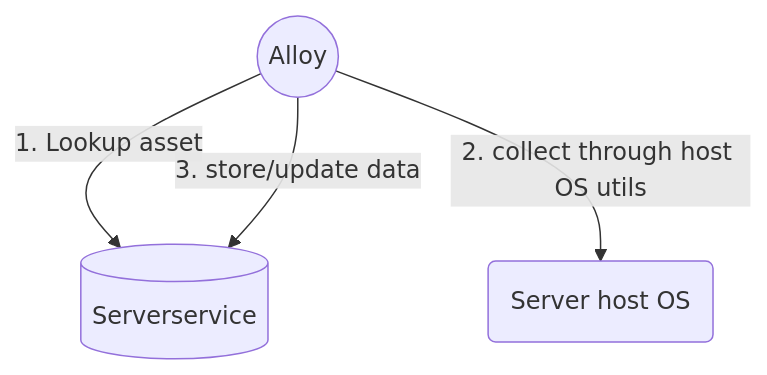
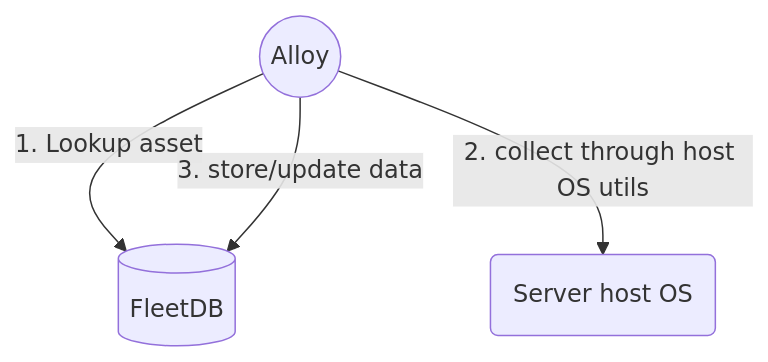
The second of 2 diagrams in README.md (metal-toolbox/alloy), drawn with Mermaid before and after one commit. The commit also changed other lines of this file and 4 other files, not shown here.

````diff
--- a/README.md
+++ b/README.md
@@ -68,6 +68,6 @@
 ```mermaid
 graph TD
-  a((Alloy))-- 1. Lookup asset -->ss[(Serverservice)]
-  a((Alloy))-- 3. store/update data -->ss[(Serverservice)]
+  a((Alloy))-- 1. Lookup asset -->ss[(FleetDB)]
+  a((Alloy))-- 3. store/update data -->ss[(FleetDB)]
   a((Alloy))-- 2. collect through host OS utils -->s(Server host OS)
 ```
````
